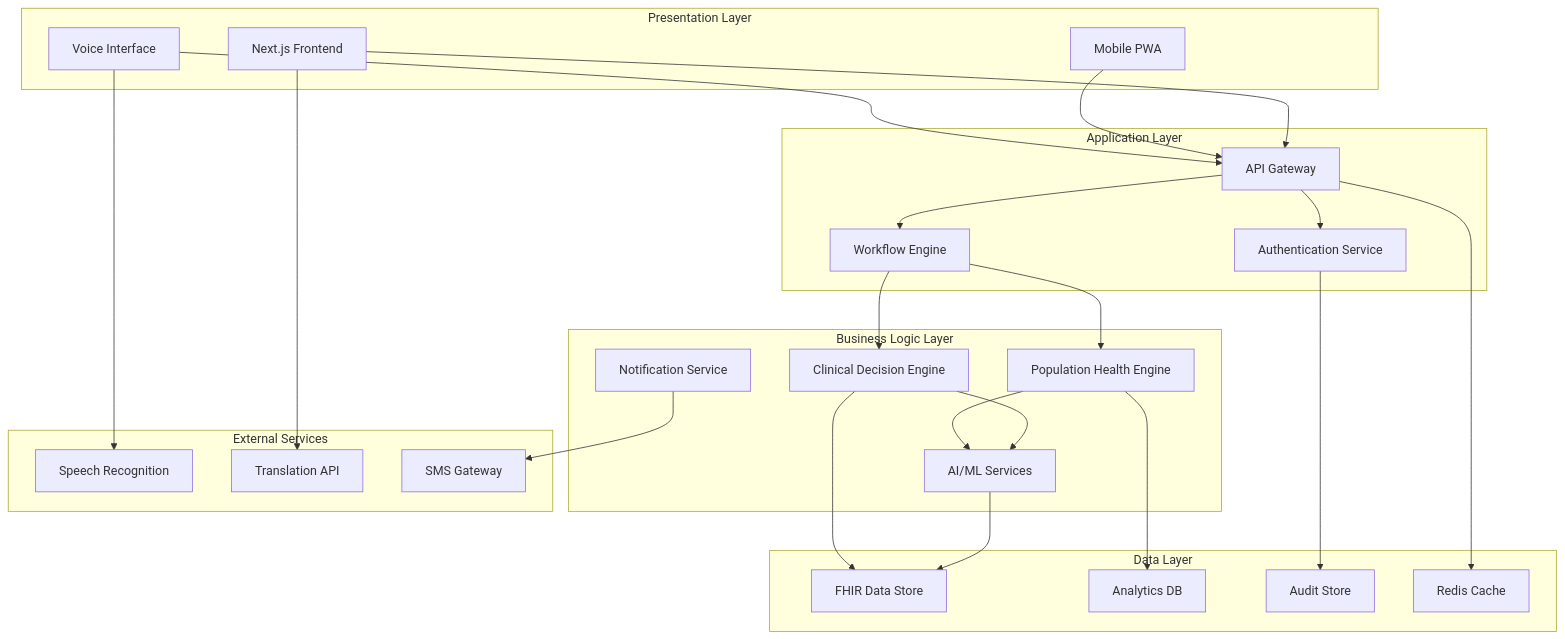
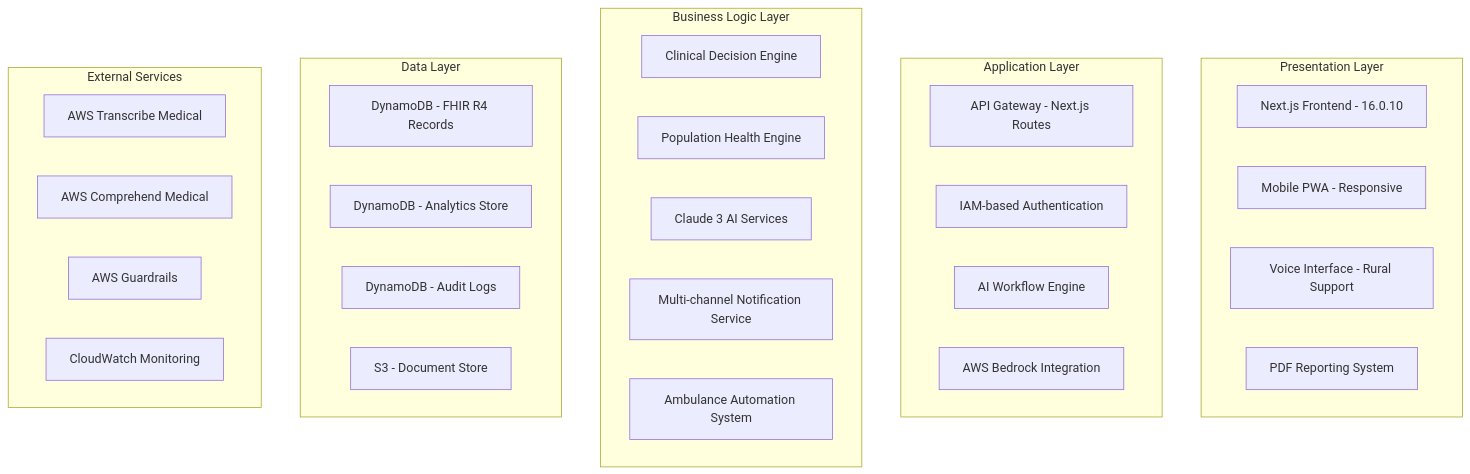
The first of 2 diagrams in .kiro/specs/swasthyaos-platform-completion/design.md (Manushprajwal7/SwasthyaOS), drawn with Mermaid before and after one commit. The commit also changed other lines of this file and 8 other files, not shown here.

````diff
--- a/.kiro/specs/swasthyaos-platform-completion/design.md
+++ b/.kiro/specs/swasthyaos-platform-completion/design.md
@@ -21,52 +24,38 @@
 ```mermaid
 graph TB
     subgraph "Presentation Layer"
-        UI[Next.js Frontend]
-        Mobile[Mobile PWA]
-        Voice[Voice Interface]
+        UI[Next.js Frontend - 16.0.10]
+        Mobile[Mobile PWA - Responsive]
+        Voice[Voice Interface - Rural Support]
+        Reports[PDF Reporting System]
     end
 
     subgraph "Application Layer"
-        API[API Gateway]
-        Auth[Authentication Service]
-        Workflow[Workflow Engine]
+        API[API Gateway - Next.js Routes]
+        Auth[IAM-based Authentication]
+        Workflow[AI Workflow Engine]
+        Bedrock[AWS Bedrock Integration]
     end
 
     subgraph "Business Logic Layer"
         Clinical[Clinical Decision Engine]
         Population[Population Health Engine]
-        AI[AI/ML Services]
-        Notification[Notification Service]
+        AI[Claude 3 AI Services]
+        Notification[Multi-channel Notification Service]
+        Ambulance[Ambulance Automation System]
     end
 
     subgraph "Data Layer"
-        FHIR[FHIR Data Store]
-        Analytics[Analytics DB]
-        Audit[Audit Store]
-        Cache[Redis Cache]
+        FHIR[DynamoDB - FHIR R4 Records]
+        Analytics[DynamoDB - Analytics Store]
+        Audit[DynamoDB - Audit Logs]
+        S3[S3 - Document Store]
     end
 
     subgraph "External Services"
-        Speech[Speech Recognition]
-        Translation[Translation API]
-        SMS[SMS Gateway]
+        Speech[AWS Transcribe Medical]
+        Comprehend[AWS Comprehend Medical]
+        Guardrails[AWS Guardrails]
+        CloudWatch[CloudWatch Monitoring]
     end
-
-    UI --> API
-    Mobile --> API
-    Voice --> API
-    API --> Auth
-    API --> Workflow
-    Workflow --> Clinical
-    Workflow --> Population
-    Clinical --> AI
-    Population --> AI
-    AI --> FHIR
-    Clinical --> FHIR
-    Population --> Analytics
-    Auth --> Audit
-    API --> Cache
-    Notification --> SMS
-    Voice --> Speech
-    UI --> Translation
 ```
````
